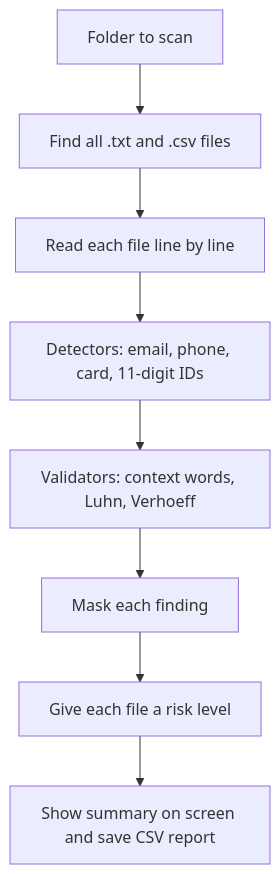
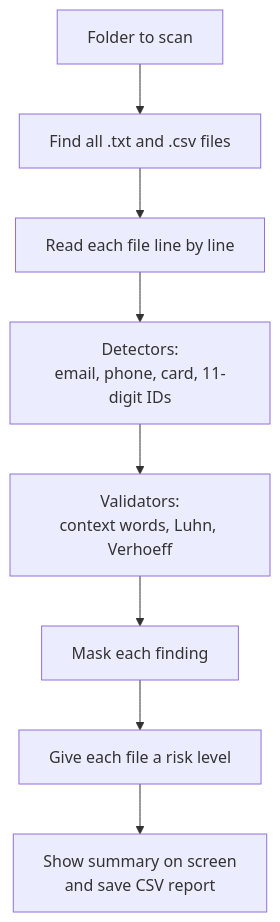
The diagram in docs/design.md (Phagey/pii-guard-ng), drawn with Mermaid before and after one commit. The commit also changed 2 other files, not shown here.

Commit message:
Add card detection with Luhn validation and fix flowchart labels

````diff
--- a/docs/design.md
+++ b/docs/design.md
@@ -12,10 +12,10 @@
 ```mermaid
 flowchart TD
     A[Folder to scan] --> B[Find all .txt and .csv files]
     B --> C[Read each file line by line]
-    C --> D[Detectors: email, phone, card, 11-digit IDs]
-    D --> E[Validators: context words, Luhn, Verhoeff]
+    C --> D[Detectors:<br/>email, phone, card, 11-digit IDs]
+    D --> E[Validators:<br/>context words, Luhn, Verhoeff]
     E --> F[Mask each finding]
     F --> G[Give each file a risk level]
-    G --> H[Show summary on screen and save CSV report]
+    G --> H[Show summary on screen<br/>and save CSV report]
 ```
````
